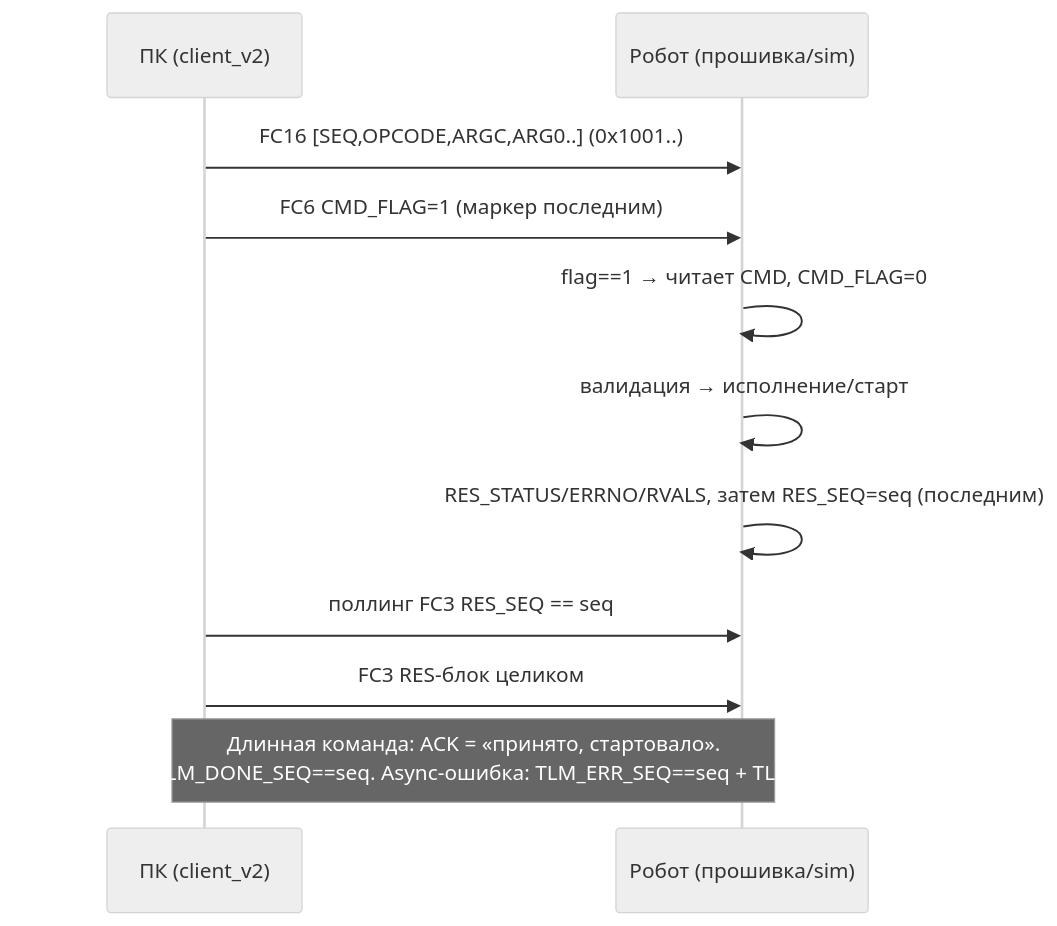
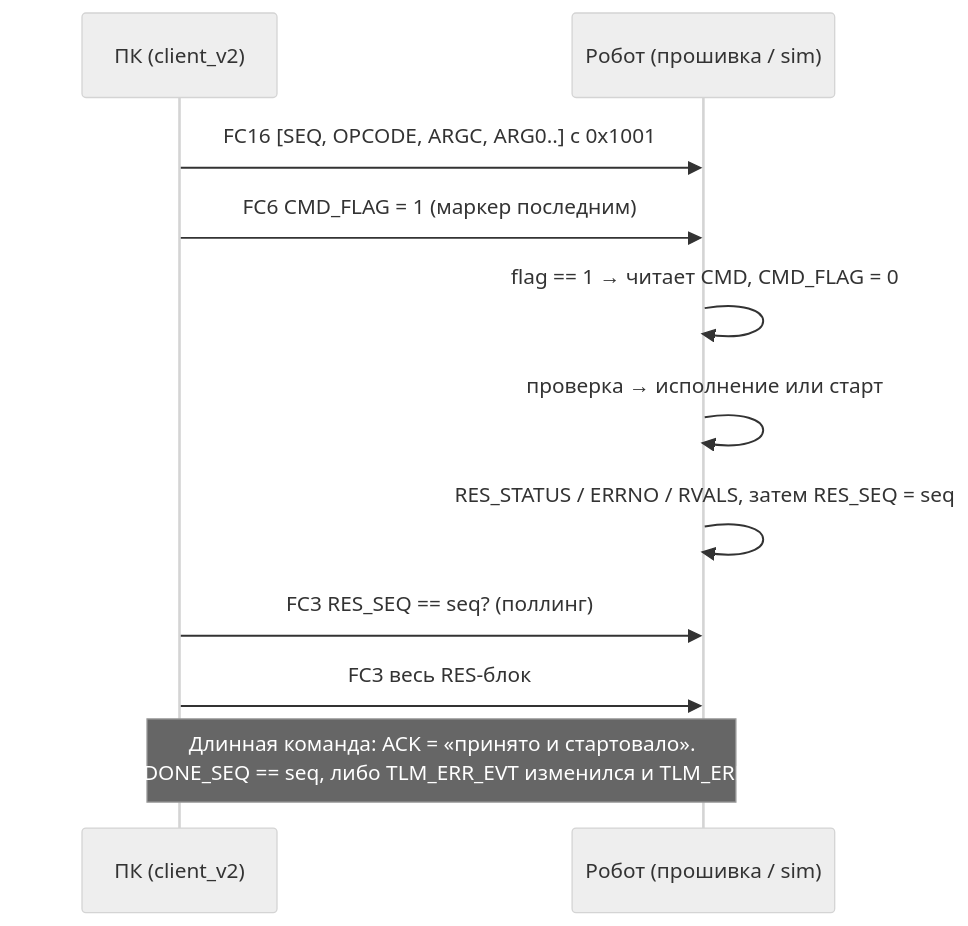
One commit to TWOKRAI/Inspector_bottles changed the diagram in plans/robot-protocol-v2/protocol-spec.md. Above: the diagram before and after it, drawn with Mermaid (neutral theme). The commit also changed other lines of this file and 15 other files, not shown here.

````diff
--- a/plans/robot-protocol-v2/protocol-spec.md
+++ b/plans/robot-protocol-v2/protocol-spec.md
@@ -86,13 +109,13 @@
 ```mermaid
 sequenceDiagram
     participant PC as ПК (client_v2)
-    participant FW as Робот (прошивка/sim)
-    PC->>FW: FC16 [SEQ,OPCODE,ARGC,ARG0..] (0x1001..)
-    PC->>FW: FC6 CMD_FLAG=1  (маркер последним)
-    FW->>FW: flag==1 → читает CMD, CMD_FLAG=0
-    FW->>FW: валидация → исполнение/старт
-    FW->>FW: RES_STATUS/ERRNO/RVALS, затем RES_SEQ=seq (последним)
-    PC->>FW: поллинг FC3 RES_SEQ == seq
-    PC->>FW: FC3 RES-блок целиком
-    Note over PC,FW: Длинная команда: ACK = «принято, стартовало».<br/>Завершение: TLM_DONE_SEQ==seq. Async-ошибка: TLM_ERR_SEQ==seq + TLM_ERRNO_LAST.
+    participant FW as Робот (прошивка / sim)
+    PC->>FW: FC16 [SEQ, OPCODE, ARGC, ARG0..] с 0x1001
+    PC->>FW: FC6 CMD_FLAG = 1 (маркер последним)
+    FW->>FW: flag == 1 → читает CMD, CMD_FLAG = 0
+    FW->>FW: проверка → исполнение или старт
+    FW->>FW: RES_STATUS / ERRNO / RVALS, затем RES_SEQ = seq
+    PC->>FW: FC3 RES_SEQ == seq? (поллинг)
+    PC->>FW: FC3 весь RES-блок
+    Note over PC,FW: Длинная команда: ACK = «принято и стартовало».<br/>Итог — TLM_DONE_SEQ == seq, либо TLM_ERR_EVT изменился и TLM_ERR_SEQ == seq.
 ```
````
